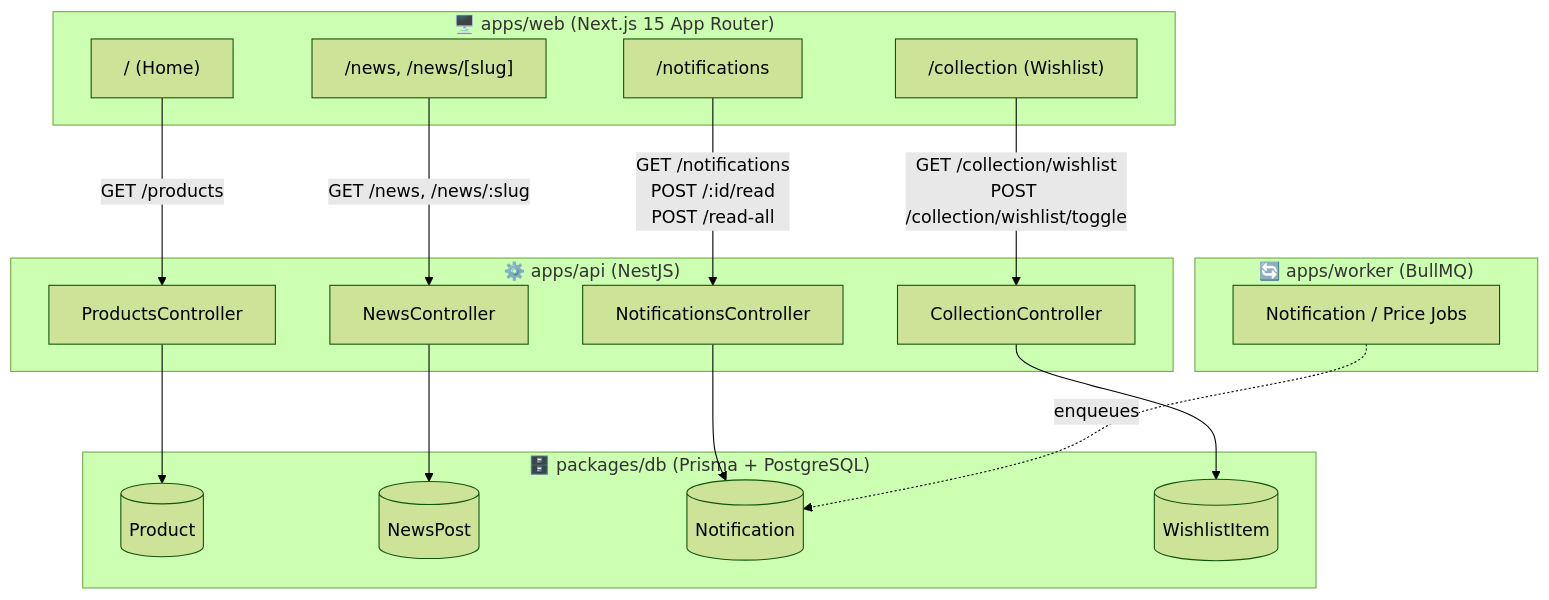
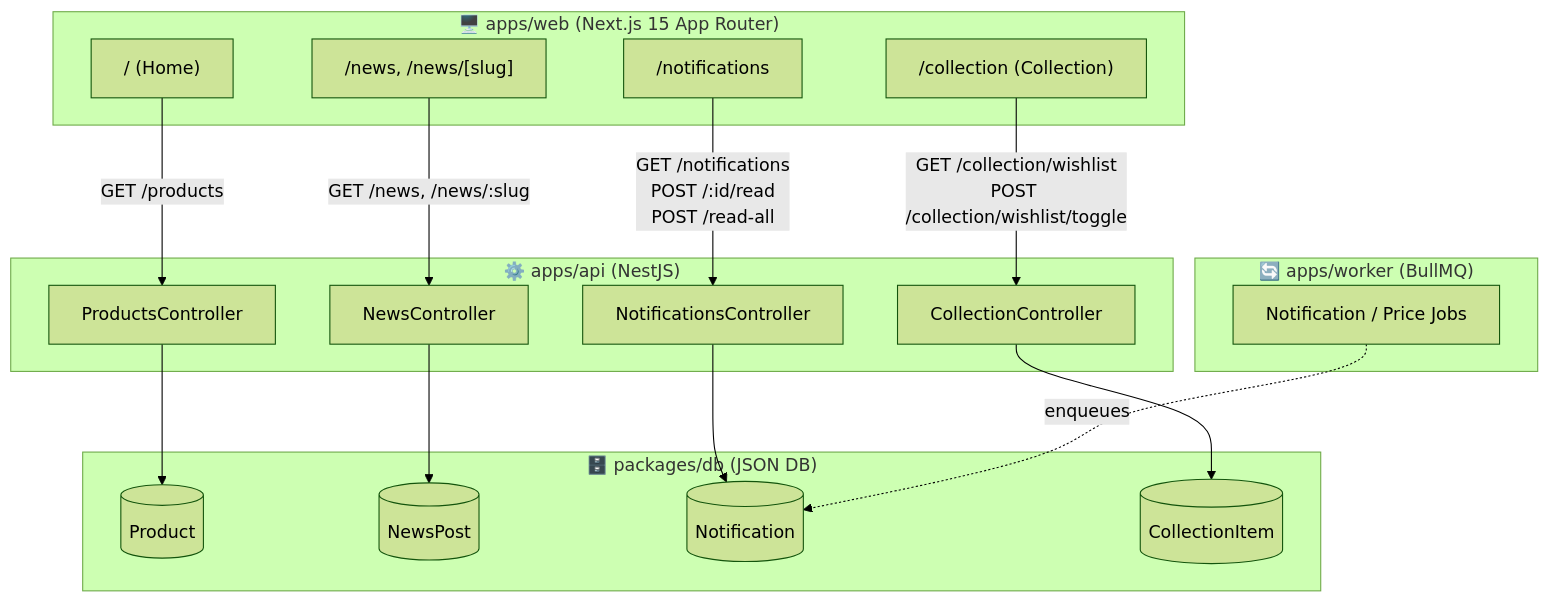
The first of 4 diagrams in Architecture.md (danaiwut/Card_sell_Ecommerce), drawn with Mermaid (forest theme) before and after one commit. The commit also changed other lines of this file and 1 other file, not shown here.

````diff
--- a/Architecture.md
+++ b/Architecture.md
@@ -12,39 +12,39 @@
 ```mermaid
 flowchart TB
     subgraph Client["🖥️ apps/web (Next.js 15 App Router)"]
         Home["/ (Home)"]
         News["/news, /news/[slug]"]
         Notif["/notifications"]
-        Wish["/collection (Wishlist)"]
+        Wish["/collection (Collection)"]
     end
 
     subgraph API["⚙️ apps/api (NestJS)"]
         ProductsCtrl["ProductsController"]
         NewsCtrl["NewsController"]
         NotifCtrl["NotificationsController"]
         CollectionCtrl["CollectionController"]
     end
 
     subgraph Worker["🔄 apps/worker (BullMQ)"]
         JobQueue["Notification / Price Jobs"]
     end
 
-    subgraph DB["🗄️ packages/db (Prisma + PostgreSQL)"]
+    subgraph DB["🗄️ packages/db (JSON DB)"]
         ProductTbl[(Product)]
         NewsTbl[(NewsPost)]
         NotifTbl[(Notification)]
-        WishTbl[(WishlistItem)]
+        CollTbl[(CollectionItem)]
     end
 
     Home -->|GET /products| ProductsCtrl
     News -->|GET /news, /news/:slug| NewsCtrl
     Notif -->|GET /notifications<br/>POST /:id/read<br/>POST /read-all| NotifCtrl
     Wish -->|GET /collection/wishlist<br/>POST /collection/wishlist/toggle| CollectionCtrl
 
     ProductsCtrl --> ProductTbl
     NewsCtrl --> NewsTbl
     NotifCtrl --> NotifTbl
-    CollectionCtrl --> WishTbl
+    CollectionCtrl --> CollTbl
 
     JobQueue -.enqueues.-> NotifTbl
 ```
````
